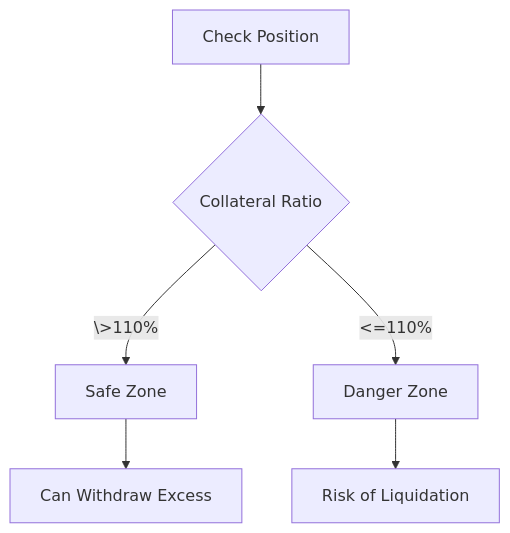
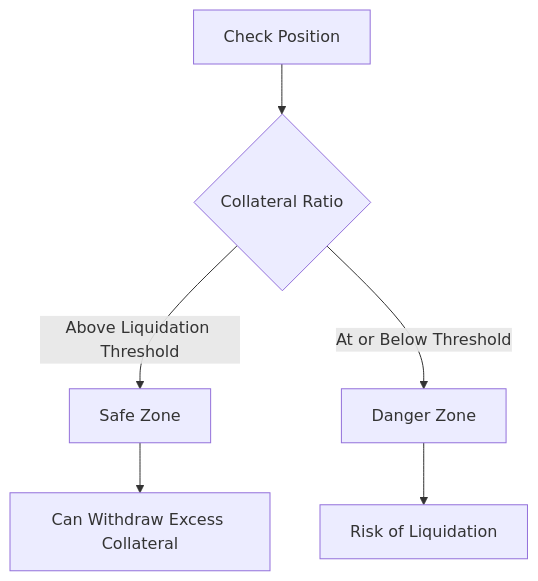
The diagram in app/docs/stabilizers/add-collateral/page.mdx (Morpher-io/uspd_website), drawn with Mermaid before and after one commit. The commit also changed other lines of this file and 2 other files, not shown here.

Commit message:
docs: Update stabilizer docs on liquidation, collateral, and links

````diff
--- a/app/docs/stabilizers/add-collateral/page.mdx
+++ b/app/docs/stabilizers/add-collateral/page.mdx
@@ -27,8 +29,8 @@
 ```mermaid
 graph TD
     A[Check Position] --> B{Collateral Ratio}
-    B -->|\>110%| C[Safe Zone]
-    B -->|<=110%| D[Danger Zone]
-    C --> E[Can Withdraw Excess]
+    B -->|Above Liquidation Threshold| C[Safe Zone]
+    B -->|At or Below Threshold| D[Danger Zone]
+    C --> E[Can Withdraw Excess Collateral]
     D --> F[Risk of Liquidation]
 ```
````
